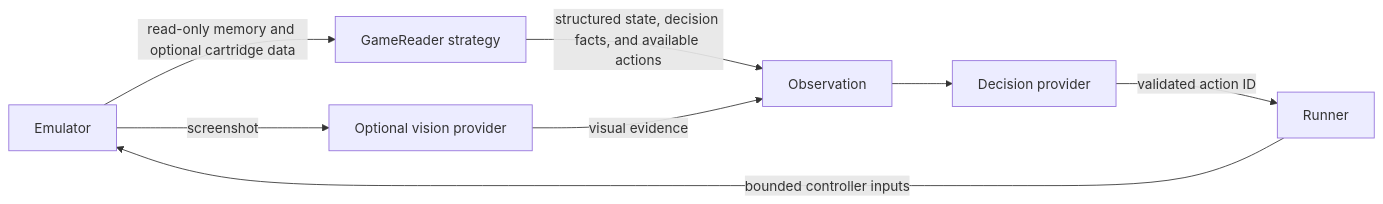
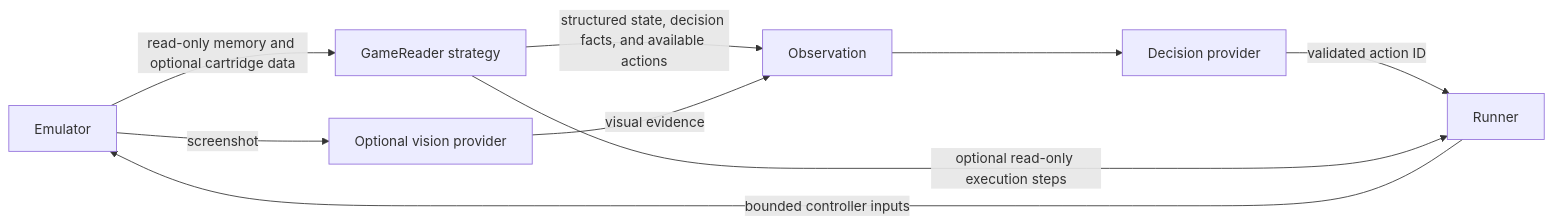
One commit to mikelpastor24/gamer-jev changed the diagram in docs/game-readers.md. Above: the diagram before and after it, drawn with Mermaid. The commit also changed other lines of this file and 41 other files, not shown here.

````diff
--- a/docs/game-readers.md
+++ b/docs/game-readers.md
@@ -7,10 +7,11 @@
 ```mermaid
 flowchart LR
   Emulator -->|read-only memory and optional cartridge data| Reader[GameReader strategy]
   Reader -->|structured state, decision facts, and available actions| Observation
   Emulator -->|screenshot| Vision[Optional vision provider]
   Vision -->|visual evidence| Observation
   Observation --> Jev[Decision provider]
   Jev -->|validated action ID| Runner
+  Reader -->|optional read-only execution steps| Runner
   Runner -->|bounded controller inputs| Emulator
 ```
````
